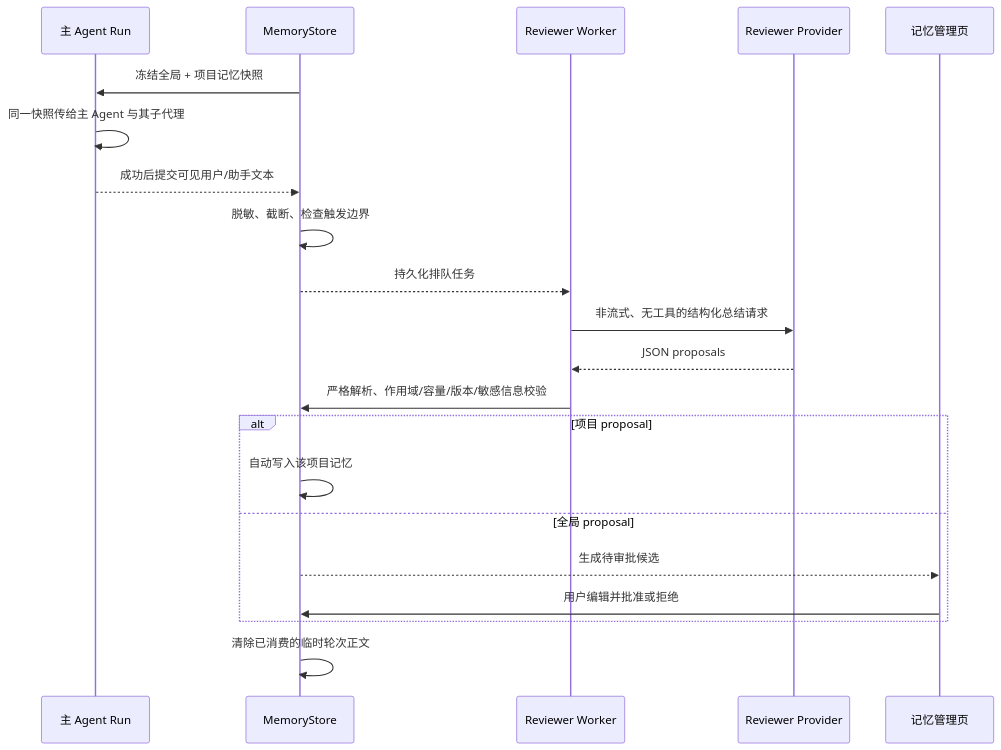
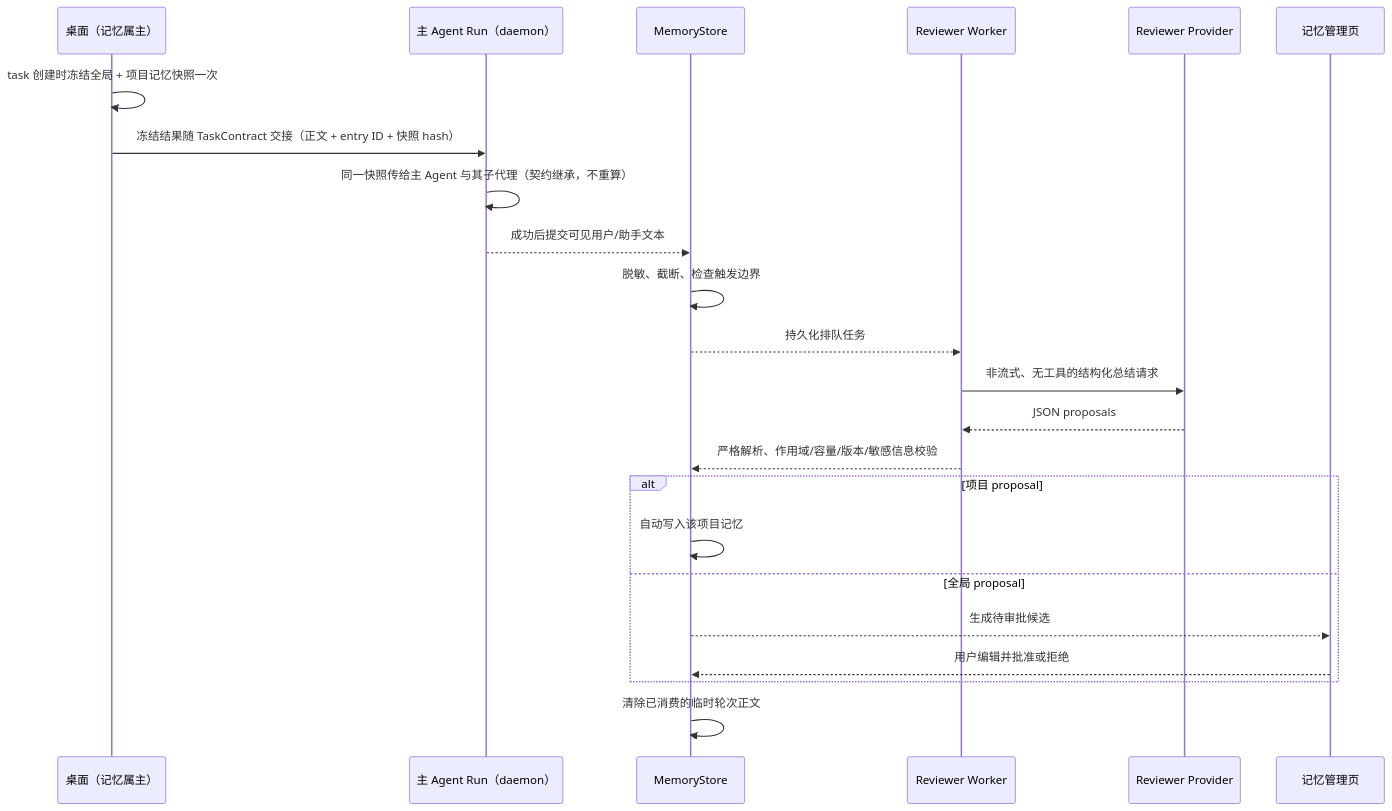
One commit to foritin/r-code changed the diagram in docs/support/guides/memory.md. Above: the diagram before and after it, drawn with Mermaid. The commit also changed other lines of this file and 138 other files, not shown here.

````diff
--- a/docs/support/guides/memory.md
+++ b/docs/support/guides/memory.md
@@ -38,24 +38,26 @@
 ```mermaid
 sequenceDiagram
-    participant Run as 主 Agent Run
+    participant Desktop as 桌面（记忆属主）
+    participant Run as 主 Agent Run（daemon）
     participant Store as MemoryStore
     participant Worker as Reviewer Worker
     participant LLM as Reviewer Provider
     participant UI as 记忆管理页
 
-    Store->>Run: 冻结全局 + 项目记忆快照
-    Run->>Run: 同一快照传给主 Agent 与其子代理
+    Desktop->>Desktop: task 创建时冻结全局 + 项目记忆快照一次
+    Desktop->>Run: 冻结结果随 TaskContract 交接（正文 + entry ID + 快照 hash）
+    Run->>Run: 同一快照传给主 Agent 与其子代理（契约继承，不重算）
     Run-->>Store: 成功后提交可见用户/助手文本
     Store->>Store: 脱敏、截断、检查触发边界
     Store-->>Worker: 持久化排队任务
     Worker->>LLM: 非流式、无工具的结构化总结请求
     LLM-->>Worker: JSON proposals
-    Worker->>Store: 严格解析、作用域/容量/版本/敏感信息校验
+    Worker-->>Store: 严格解析、作用域/容量/版本/敏感信息校验
     alt 项目 proposal
         Store->>Store: 自动写入该项目记忆
     else 全局 proposal
         Store-->>UI: 生成待审批候选
-        UI->>Store: 用户编辑并批准或拒绝
+        UI-->>Store: 用户编辑并批准或拒绝
     end
     Store->>Store: 清除已消费的临时轮次正文
 ```
````
